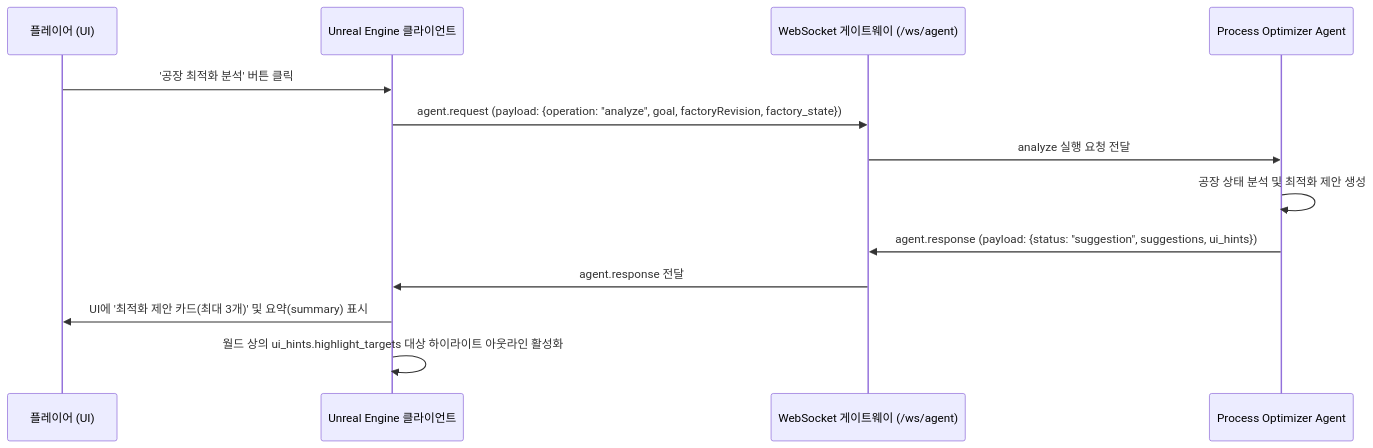
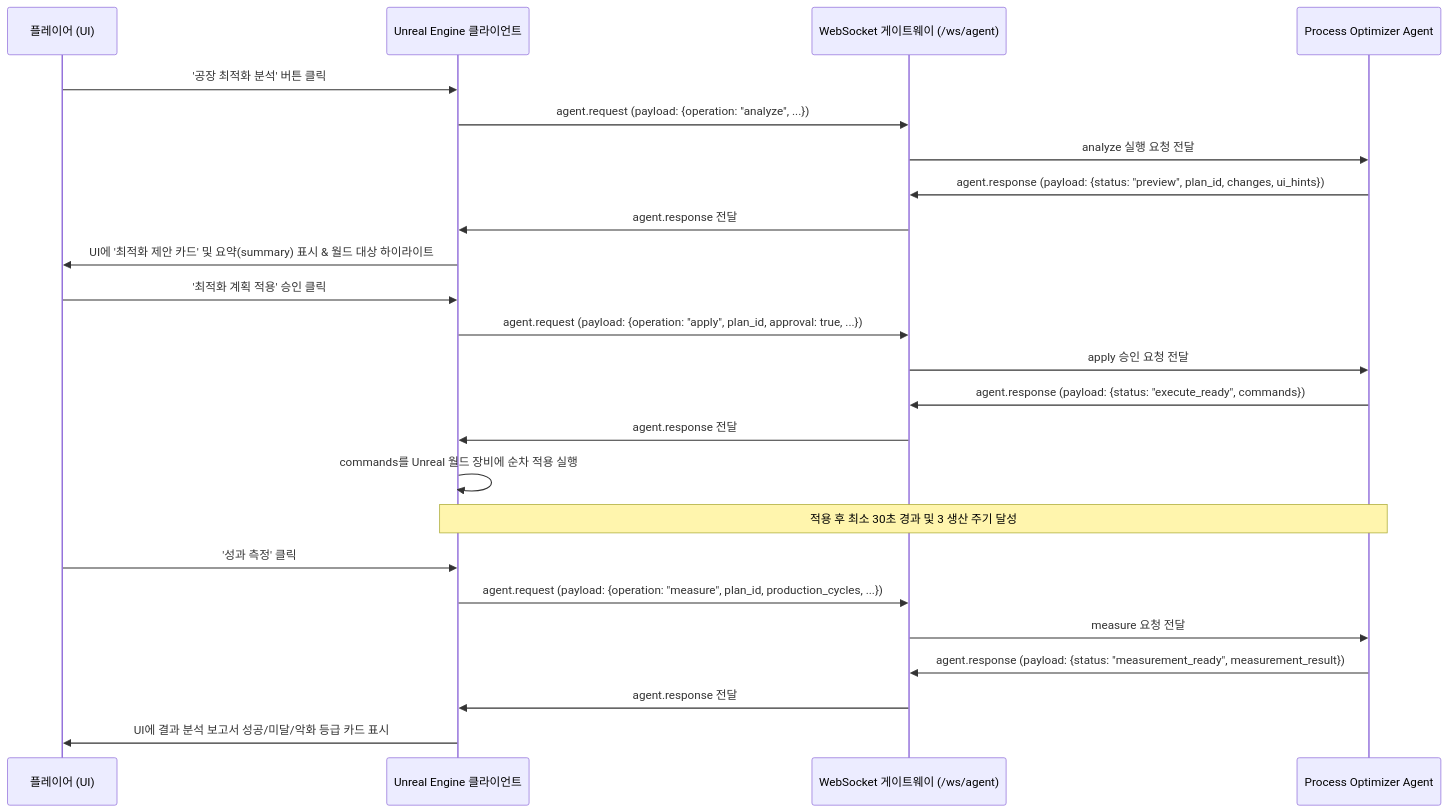
The diagram in docs/process_optimizer/unreal_websocket_contract.md (PU3-Lab/factory-space), drawn with Mermaid before and after one commit. The commit also changed other lines of this file and 54 other files, not shown here.

````diff
--- a/docs/process_optimizer/unreal_websocket_contract.md
+++ b/docs/process_optimizer/unreal_websocket_contract.md
@@ -175,16 +434,30 @@
 ```mermaid
 sequenceDiagram
     participant Player as 플레이어 (UI)
     participant Client as Unreal Engine 클라이언트
     participant Gate as WebSocket 게이트웨이 (/ws/agent)
     participant Agent as Process Optimizer Agent
 
     Player->>Client: '공장 최적화 분석' 버튼 클릭
-    Client->>Gate: agent.request (payload: {operation: "analyze", goal, factoryRevision, factory_state})
+    Client->>Gate: agent.request (payload: {operation: "analyze", ...})
     Gate->>Agent: analyze 실행 요청 전달
-    Agent->>Agent: 공장 상태 분석 및 최적화 제안 생성
-    Agent->>Gate: agent.response (payload: {status: "suggestion", suggestions, ui_hints})
+    Agent->>Gate: agent.response (payload: {status: "preview", plan_id, changes, ui_hints})
     Gate->>Client: agent.response 전달
-    Client->>Player: UI에 '최적화 제안 카드(최대 3개)' 및 요약(summary) 표시
-    Client->>Client: 월드 상의 ui_hints.highlight_targets 대상 하이라이트 아웃라인 활성화
+    Client->>Player: UI에 '최적화 제안 카드' 및 요약(summary) 표시 & 월드 대상 하이라이트
+
+    Player->>Client: '최적화 계획 적용' 승인 클릭
+    Client->>Gate: agent.request (payload: {operation: "apply", plan_id, approval: true, ...})
+    Gate->>Agent: apply 승인 요청 전달
+    Agent->>Gate: agent.response (payload: {status: "execute_ready", commands})
+    Gate->>Client: agent.response 전달
+    Client->>Client: commands를 Unreal 월드 장비에 순차 적용 실행
+    
+    Note over Client,Agent: 적용 후 최소 30초 경과 및 3 생산 주기 달성
+    
+    Player->>Client: '성과 측정' 클릭
+    Client->>Gate: agent.request (payload: {operation: "measure", plan_id, production_cycles, ...})
+    Gate->>Agent: measure 요청 전달
+    Agent->>Gate: agent.response (payload: {status: "measurement_ready", measurement_result})
+    Gate->>Client: agent.response 전달
+    Client->>Player: UI에 결과 분석 보고서 성공/미달/악화 등급 카드 표시
 ```
````
